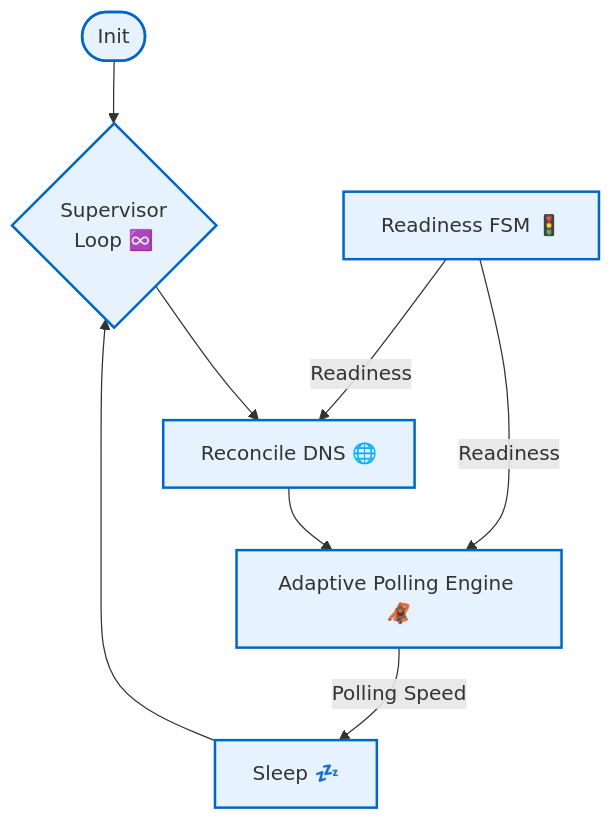
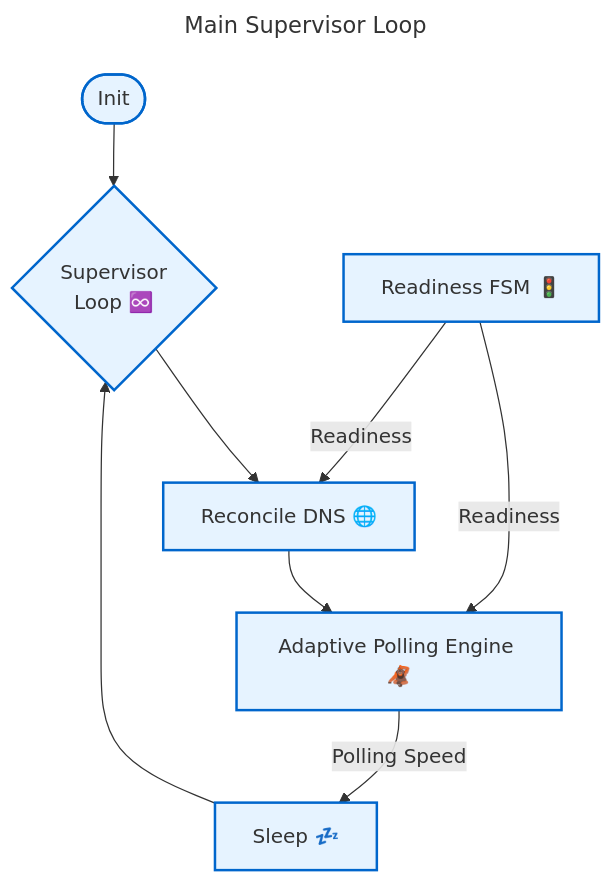
Before and after one commit to bkaewell/cloudflare-verified-ddns: the first of 3 diagrams in docs/CONTROL_LOOP.md, drawn with Mermaid. The commit also changed other lines of this file, not shown here.

````diff
--- a/docs/CONTROL_LOOP.md
+++ b/docs/CONTROL_LOOP.md
@@ -20,22 +24,22 @@
 ```mermaid
 ---
-title: 
+title: Main Supervisor Loop
 config:
    look: classic
    theme: 'default'
 ---
 graph TD
     Start([Init]) --> Loop{Supervisor<br>Loop ♾️}
     Loop --> Update[Reconcile DNS 🌐]
     Readiness[Readiness FSM 🚦] --> |"Readiness"|Poll
     %%<br/>⚪ INIT<br/>🟡 PROBING<br/>💚 READY<br/>🔴 NOT_READY"] --> Update
     Update --> Poll[Adaptive Polling Engine 🦧]
     Poll -->  |"Polling Speed"| Sleep[Sleep 💤]
     Sleep -->  Loop
     Readiness --> |"Readiness"| Update
 
     %% Visual highlights
     classDef all fill:#e6f3ff,stroke:#0066cc,stroke-width:2px
 
     class Update,Poll,Loop,Start,Sleep,Readiness all
 ```
````
